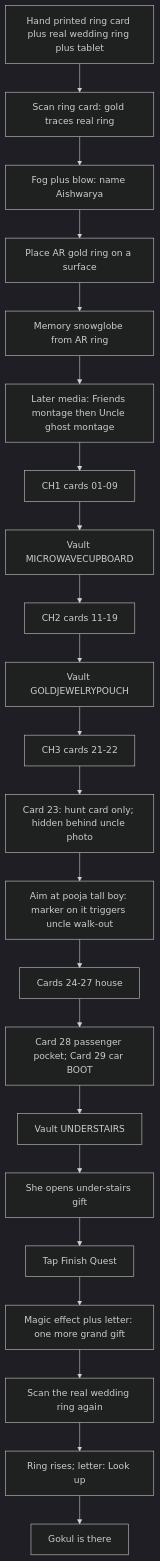
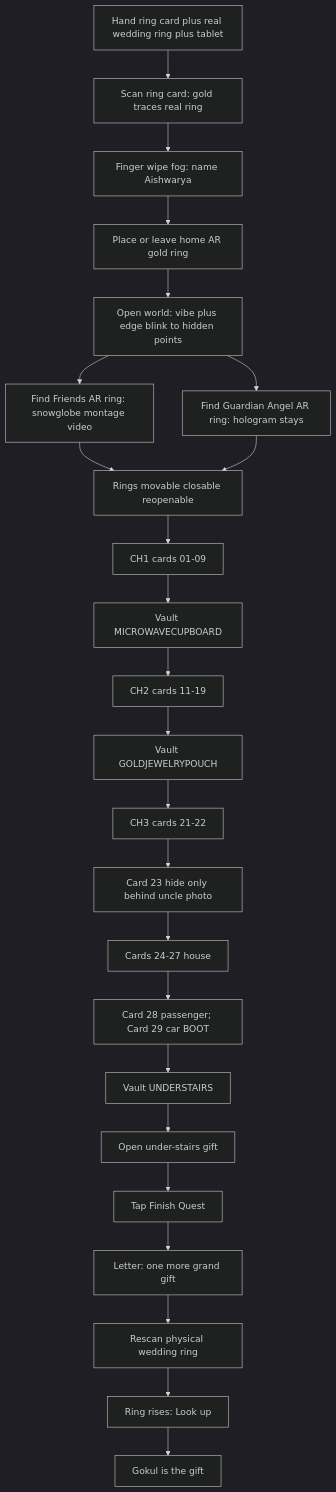
Before and after one commit to gokulkrish140795-droid/project-ar-app: the diagram in design/RELIQUARY_LENS_APK_FLOW.md, drawn with Mermaid (dark theme). The commit also changed other lines of this file and 7 other files, not shown here.

First line of the commit message:
Lock Reliquary Lens flow v2: open-world finds and features

````diff
--- a/design/RELIQUARY_LENS_APK_FLOW.md
+++ b/design/RELIQUARY_LENS_APK_FLOW.md
@@ -24,25 +17,27 @@
 ```mermaid
 flowchart TB
-  Start[Hand printed ring card plus real wedding ring plus tablet]
+  Start[Hand ring card plus real wedding ring plus tablet]
   Start --> Wake[Scan ring card: gold traces real ring]
-  Wake --> Fog[Fog plus blow: name Aishwarya]
-  Fog --> Place[Place AR gold ring on a surface]
-  Place --> Snow[Memory snowglobe from AR ring]
-  Snow --> LaterMontage["Later media: Friends montage then Uncle ghost montage"]
-  LaterMontage --> C1[CH1 cards 01-09]
+  Wake --> Wipe[Finger wipe fog: name Aishwarya]
+  Wipe --> Home[Place or leave home AR gold ring]
+  Home --> OpenWorld[Open world: vibe plus edge blink to hidden points]
+  OpenWorld --> Friends[Find Friends AR ring: snowglobe montage video]
+  OpenWorld --> Angel[Find Guardian Angel AR ring: hologram stays]
+  Friends --> HuntReady[Rings movable closable reopenable]
+  Angel --> HuntReady
+  HuntReady --> C1[CH1 cards 01-09]
   C1 --> V1[Vault MICROWAVECUPBOARD]
   V1 --> C2[CH2 cards 11-19]
   C2 --> V2[Vault GOLDJEWELRYPOUCH]
   V2 --> C3A[CH3 cards 21-22]
-  C3A --> C23[Card 23: hunt card only; hidden behind uncle photo]
-  C23 --> UncleTrig[Aim at pooja tall boy: marker on it triggers uncle walk-out]
-  UncleTrig --> C3B[Cards 24-27 house]
-  C3B --> Car[Card 28 passenger pocket; Card 29 car BOOT]
+  C3A --> C23[Card 23 hide only behind uncle photo]
+  C23 --> C3B[Cards 24-27 house]
+  C3B --> Car[Card 28 passenger; Card 29 car BOOT]
   Car --> V3[Vault UNDERSTAIRS]
-  V3 --> OpenGift[She opens under-stairs gift]
+  V3 --> OpenGift[Open under-stairs gift]
   OpenGift --> Finish[Tap Finish Quest]
-  Finish --> Letter[Magic effect plus letter: one more grand gift]
-  Letter --> Rescan[Scan the real wedding ring again]
-  Rescan --> Rise[Ring rises; letter: Look up]
-  Rise --> Gift[Gokul is there]
+  Finish --> Letter[Letter: one more grand gift]
+  Letter --> Rescan[Rescan physical wedding ring]
+  Rescan --> Rise[Ring rises: Look up]
+  Rise --> Gift[Gokul is the gift]
 ```
````
